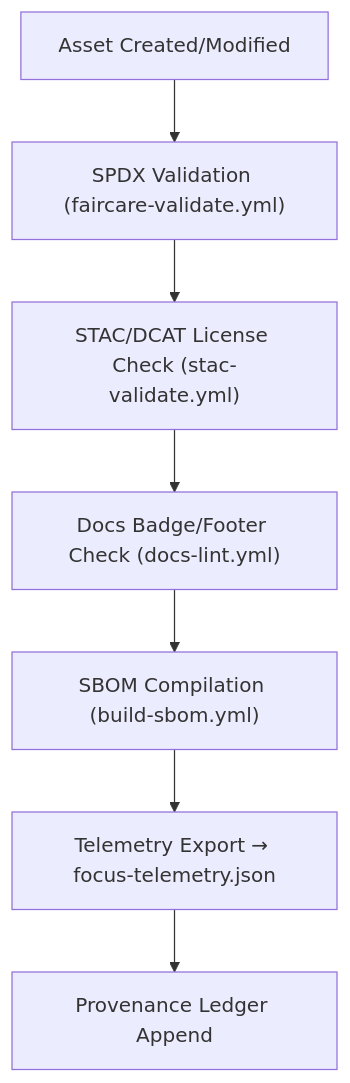
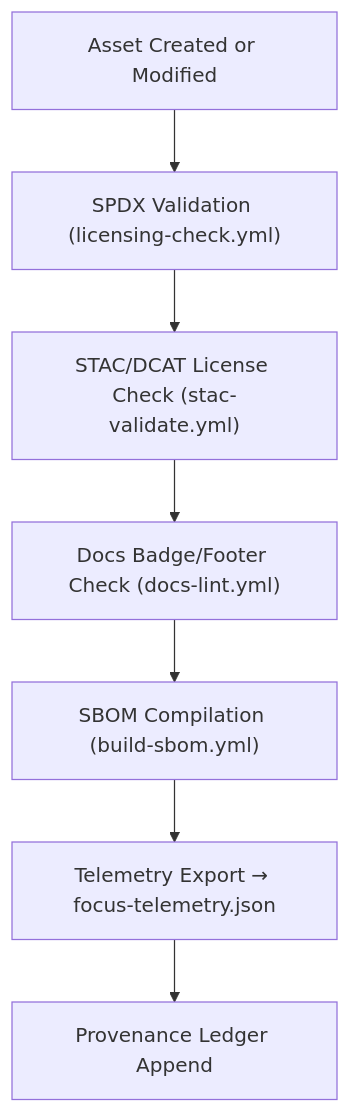
The diagram in docs/standards/licensing.md (bartytime4life/Kansas-Frontier-Matrix), drawn with Mermaid before and after one commit. The commit also changed other lines of this file, not shown here.

````diff
--- a/docs/standards/licensing.md
+++ b/docs/standards/licensing.md
@@ -162,9 +379,9 @@
-```mermaid
+~~~mermaid
 flowchart TD
-A["Asset Created/Modified"] --> B["SPDX Validation (faircare-validate.yml)"]
-B --> C["STAC/DCAT License Check (stac-validate.yml)"]
-C --> D["Docs Badge/Footer Check (docs-lint.yml)"]
-D --> E["SBOM Compilation (build-sbom.yml)"]
-E --> F["Telemetry Export → focus-telemetry.json"]
-F --> G["Provenance Ledger Append"]
-```
+  A["Asset Created or Modified"] --> B["SPDX Validation (licensing-check.yml)"]
+  B --> C["STAC/DCAT License Check (stac-validate.yml)"]
+  C --> D["Docs Badge/Footer Check (docs-lint.yml)"]
+  D --> E["SBOM Compilation (build-sbom.yml)"]
+  E --> F["Telemetry Export → focus-telemetry.json"]
+  F --> G["Provenance Ledger Append"]
+~~~
````
